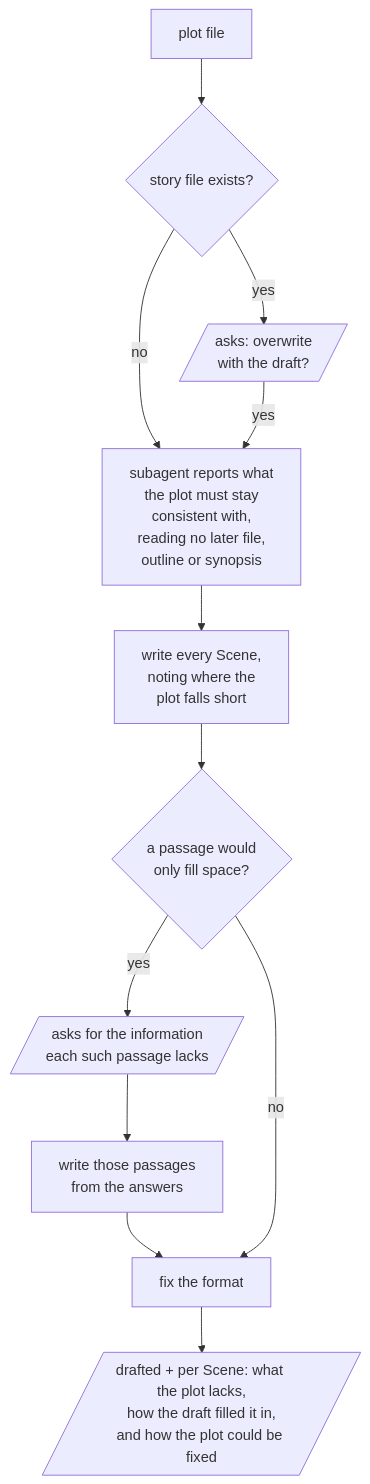
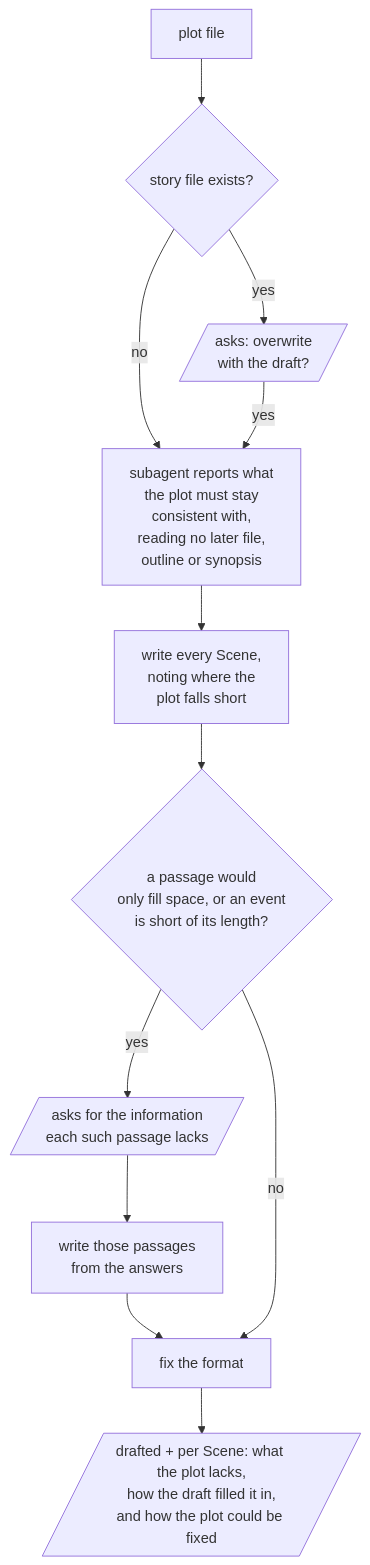
Before and after one commit to omni-stove/skill-kit: the diagram in domains/story/skills/draft/README.md, drawn with Mermaid. The commit also changed 16 other files, not shown here.

````diff
--- a/domains/story/skills/draft/README.md
+++ b/domains/story/skills/draft/README.md
@@ -8,14 +8,14 @@
 ```mermaid
 flowchart TD
   input[plot file] --> exists{story file exists?}
   exists -- "yes" --> ask[/asks: overwrite<br/>with the draft?/]
   exists -- "no" --> agent
   ask -- "yes" --> agent[subagent reports what<br/>the plot must stay<br/>consistent with,<br/>reading no later file,<br/>outline or synopsis]
   agent --> write[write every Scene,<br/>noting where the<br/>plot falls short]
-  write --> gap{a passage would<br/>only fill space?}
+  write --> gap{a passage would<br/>only fill space, or an event<br/>is short of its length?}
   gap -- "yes" --> need[/asks for the information<br/>each such passage lacks/]
   need --> fill[write those passages<br/>from the answers]
   fill --> format
   gap -- "no" --> format[fix the format]
   format --> done[/"drafted + per Scene: what the plot lacks,<br/>how the draft filled it in,<br/>and how the plot could be fixed"/]
 ```
````
